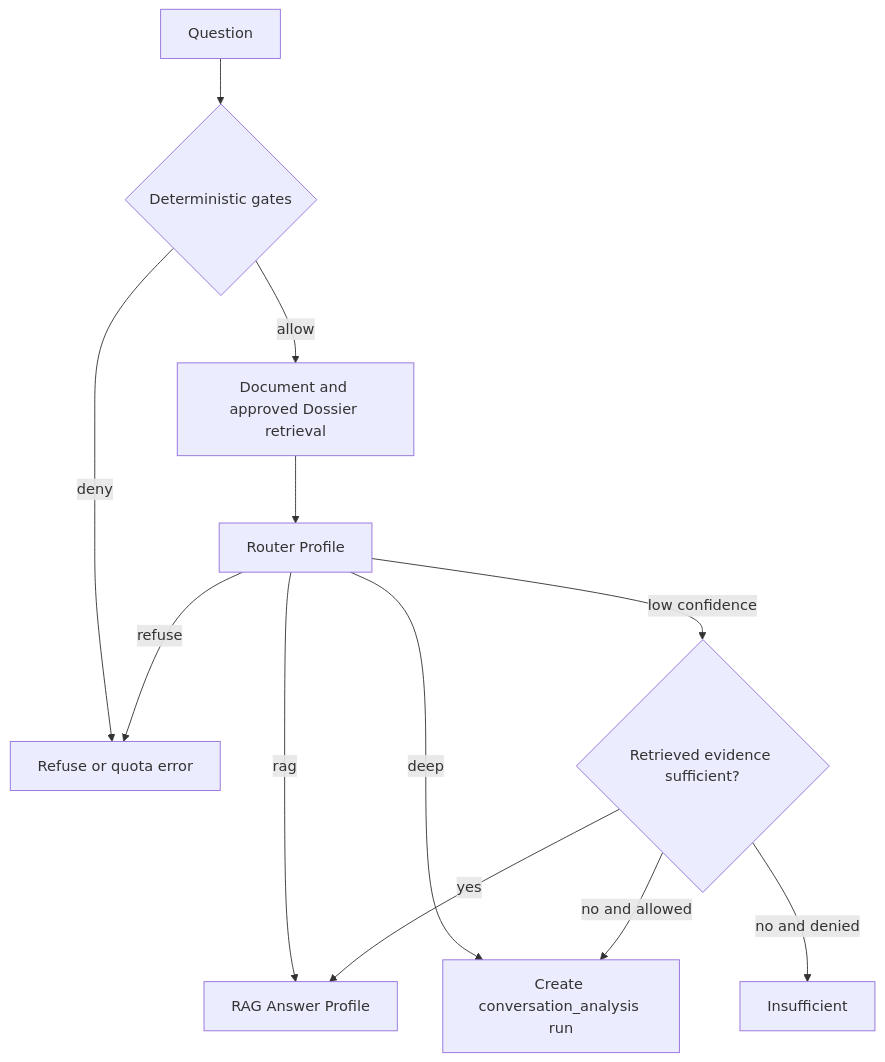
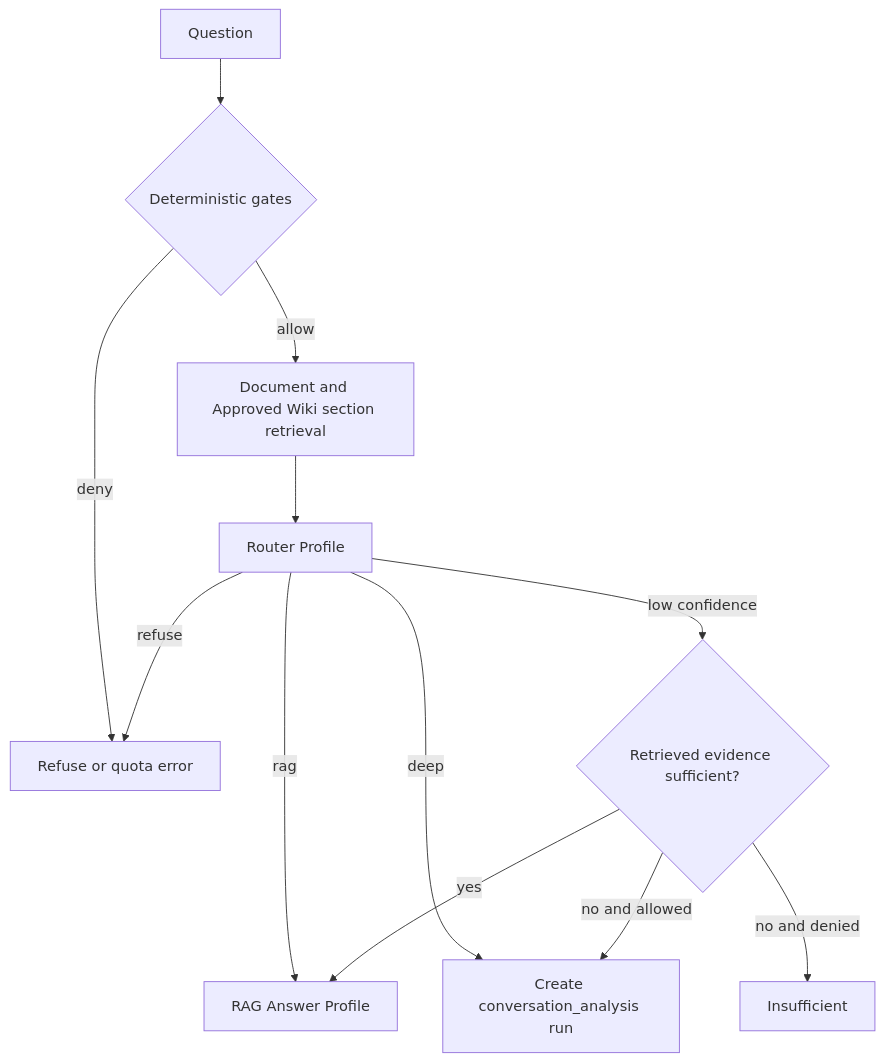
The third of 4 diagrams in docs/architecture/DESIGN-005.md (monshunter/askme), drawn with Mermaid before and after one commit. The commit also changed other lines of this file and 197 other files, not shown here.

````diff
--- a/docs/architecture/DESIGN-005.md
+++ b/docs/architecture/DESIGN-005.md
@@ -180,14 +188,14 @@
 ```mermaid
 flowchart TD
   Q["Question"] --> G{"Deterministic gates"}
   G -->|deny| X["Refuse or quota error"]
-  G -->|allow| R["Document and approved Dossier retrieval"]
+  G -->|allow| R["Document and Approved Wiki section retrieval"]
   R --> L["Router Profile"]
   L -->|rag| A["RAG Answer Profile"]
   L -->|deep| J["Create conversation_analysis run"]
   L -->|refuse| X
   L -->|low confidence| T{"Retrieved evidence sufficient?"}
   T -->|yes| A
   T -->|no and allowed| J
   T -->|no and denied| I["Insufficient"]
 ```
````
